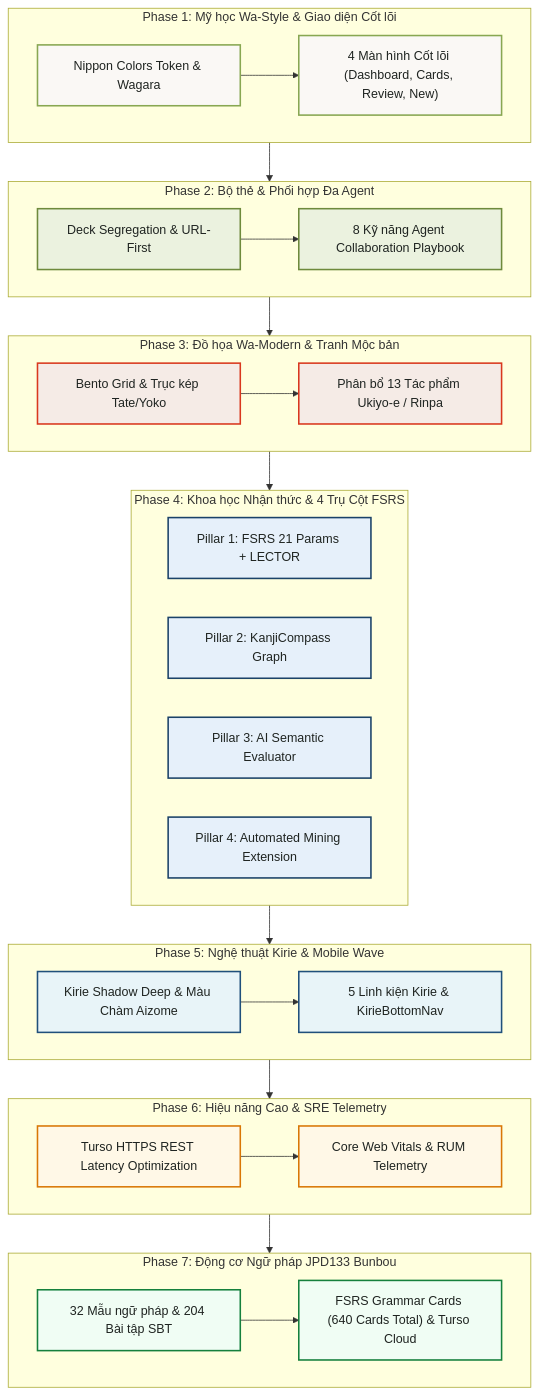
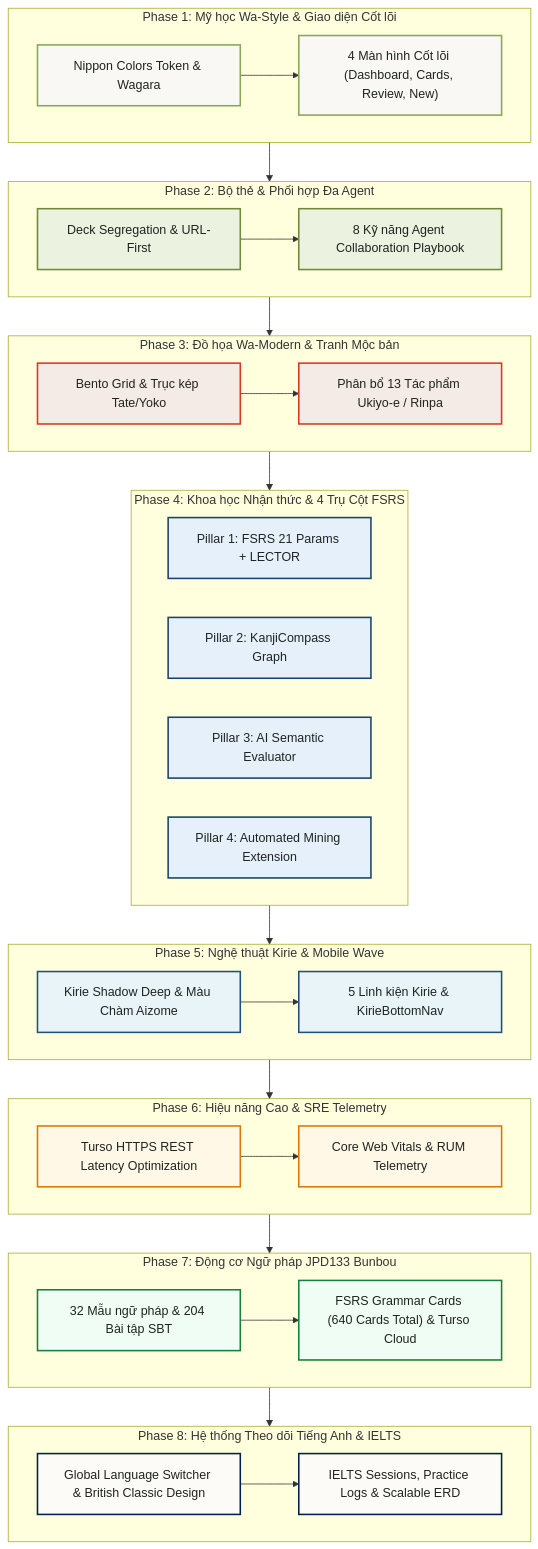
Before and after one commit to egbertbritannia-cpu/japanese-srs-system: the diagram in planning/README.md, drawn with Mermaid. The commit also changed other lines of this file and 1 other file, not shown here.

Commit message:
docs(planning): add Phase 8 English IELTS Tracking plan
- Created highly detailed planning document for Phase 8 in `planning/08_PHASE_8_ENGLISH_IELTS_TRACKING.md`.
- Designed a scalable, independent database schema for tracking IELTS sessions, practice logs, mistakes, and vocabulary.
- Outlined a "Classic British" aesthetic UI/UX system and a global language switcher.
- Updated `planning/README.md` to reflect Phase 8 in the roadmap table and the Mermaid architecture diagram.

````diff
--- a/planning/README.md
+++ b/planning/README.md
@@ -42,43 +43,48 @@
 ```mermaid
 graph TD
     classDef phase1 fill:#FAF8F5,stroke:#88A752,stroke-width:2px,color:#1F2421;
     classDef phase2 fill:#EBF2DF,stroke:#6E8A3C,stroke-width:2px,color:#1F2421;
     classDef phase3 fill:#F5EBE6,stroke:#D9381E,stroke-width:2px,color:#1F2421;
     classDef phase4 fill:#E6F0FA,stroke:#1B4268,stroke-width:2px,color:#1F2421;
     classDef phase5 fill:#E8F4F8,stroke:#20507B,stroke-width:2px,color:#1F2421;
     classDef phase6 fill:#FFF8E7,stroke:#D97706,stroke-width:2px,color:#1F2421;
     classDef phase7 fill:#F0FDF4,stroke:#15803D,stroke-width:2px,color:#1F2421;
+    classDef phase8 fill:#FDFBF7,stroke:#002147,stroke-width:2px,color:#1F2421;
 
     subgraph P1 ["Phase 1: Mỹ học Wa-Style & Giao diện Cốt lõi"]
         A1["Nippon Colors Token & Wagara"]:::phase1 --> A2["4 Màn hình Cốt lõi (Dashboard, Cards, Review, New)"]:::phase1
     end
 
     subgraph P2 ["Phase 2: Bộ thẻ & Phối hợp Đa Agent"]
         B1["Deck Segregation & URL-First"]:::phase2 --> B2["8 Kỹ năng Agent Collaboration Playbook"]:::phase2
     end
 
     subgraph P3 ["Phase 3: Đồ họa Wa-Modern & Tranh Mộc bản"]
         C1["Bento Grid & Trục kép Tate/Yoko"]:::phase3 --> C2["Phân bổ 13 Tác phẩm Ukiyo-e / Rinpa"]:::phase3
     end
 
     subgraph P4 ["Phase 4: Khoa học Nhận thức & 4 Trụ Cột FSRS"]
         D1["Pillar 1: FSRS 21 Params + LECTOR"]:::phase4
         D2["Pillar 2: KanjiCompass Graph"]:::phase4
         D3["Pillar 3: AI Semantic Evaluator"]:::phase4
         D4["Pillar 4: Automated Mining Extension"]:::phase4
     end
 
     subgraph P5 ["Phase 5: Nghệ thuật Kirie & Mobile Wave"]
         E1["Kirie Shadow Deep & Màu Chàm Aizome"]:::phase5 --> E2["5 Linh kiện Kirie & KirieBottomNav"]:::phase5
     end
 
     subgraph P6 ["Phase 6: Hiệu năng Cao & SRE Telemetry"]
         F1["Turso HTTPS REST Latency Optimization"]:::phase6 --> F2["Core Web Vitals & RUM Telemetry"]:::phase6
     end
 
     subgraph P7 ["Phase 7: Động cơ Ngữ pháp JPD133 Bunbou"]
         G1["32 Mẫu ngữ pháp & 204 Bài tập SBT"]:::phase7 --> G2["FSRS Grammar Cards (640 Cards Total) & Turso Cloud"]:::phase7
     end
 
-    P1 --> P2 --> P3 --> P4 --> P5 --> P6 --> P7
+    subgraph P8 ["Phase 8: Hệ thống Theo dõi Tiếng Anh & IELTS"]
+        H1["Global Language Switcher & British Classic Design"]:::phase8 --> H2["IELTS Sessions, Practice Logs & Scalable ERD"]:::phase8
+    end
+
+    P1 --> P2 --> P3 --> P4 --> P5 --> P6 --> P7 --> P8
 ```
````
